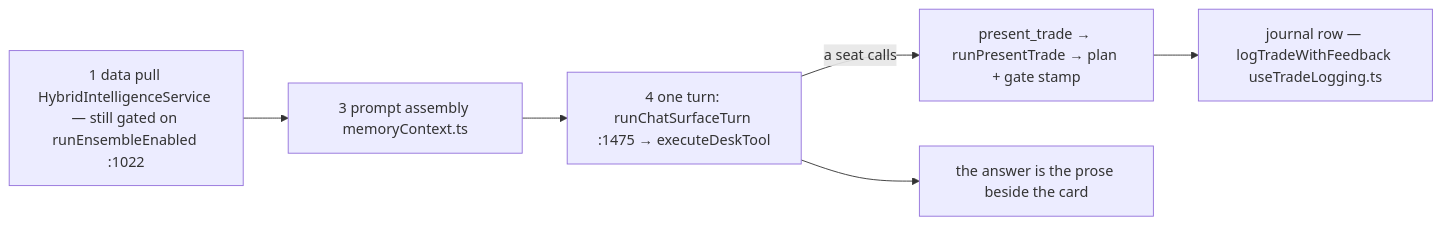
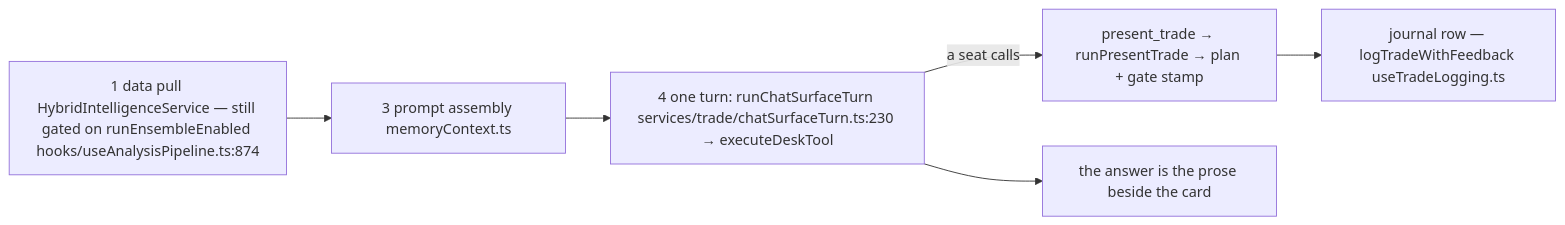
Before and after one commit to Acepay25/august-3.5: the third of 7 diagrams in docs/app-flow.md, drawn with Mermaid. The commit also changed other lines of this file, not shown here.

First line of the commit message:
docs(app-flow): section C's own line numbers were stale, and the gate could not see them

````diff
--- a/docs/app-flow.md
+++ b/docs/app-flow.md
@@ -162,8 +162,8 @@
 ```mermaid
 flowchart LR
-    S1["1 data pull HybridIntelligenceService — still gated on runEnsembleEnabled :1022"] --> S3["3 prompt assembly memoryContext.ts"]
-    S3 --> S4["4 one turn: runChatSurfaceTurn :1475 → executeDeskTool"]
+    S1["1 data pull HybridIntelligenceService — still gated on runEnsembleEnabled hooks/useAnalysisPipeline.ts:874"] --> S3["3 prompt assembly memoryContext.ts"]
+    S3 --> S4["4 one turn: runChatSurfaceTurn services/trade/chatSurfaceTurn.ts:230 → executeDeskTool"]
     S4 -->|a seat calls| PT["present_trade → runPresentTrade → plan + gate stamp"]
     PT --> JR["journal row — logTradeWithFeedback useTradeLogging.ts"]
     S4 --> ANS["the answer is the prose beside the card"]
 ```
````
